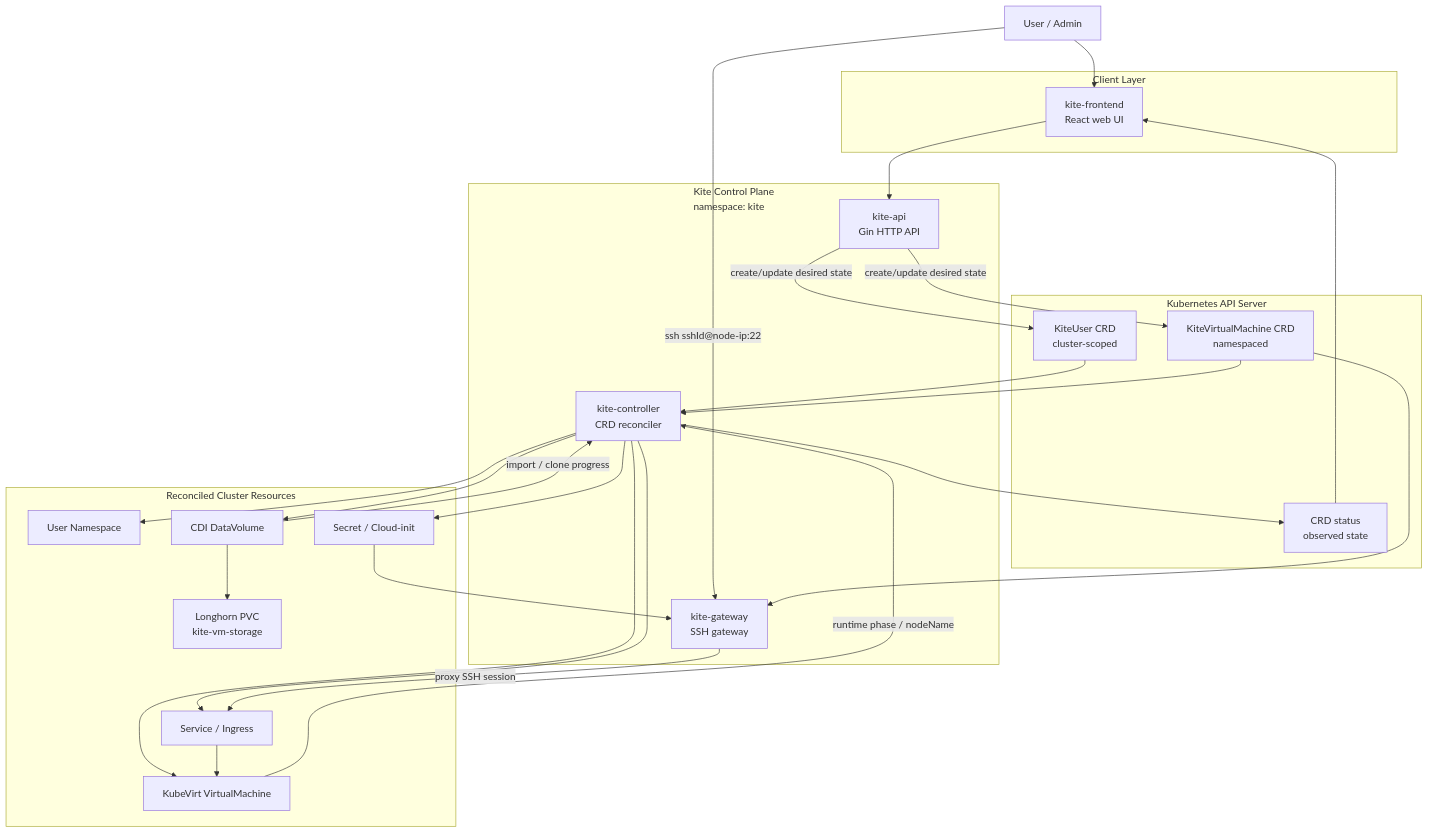
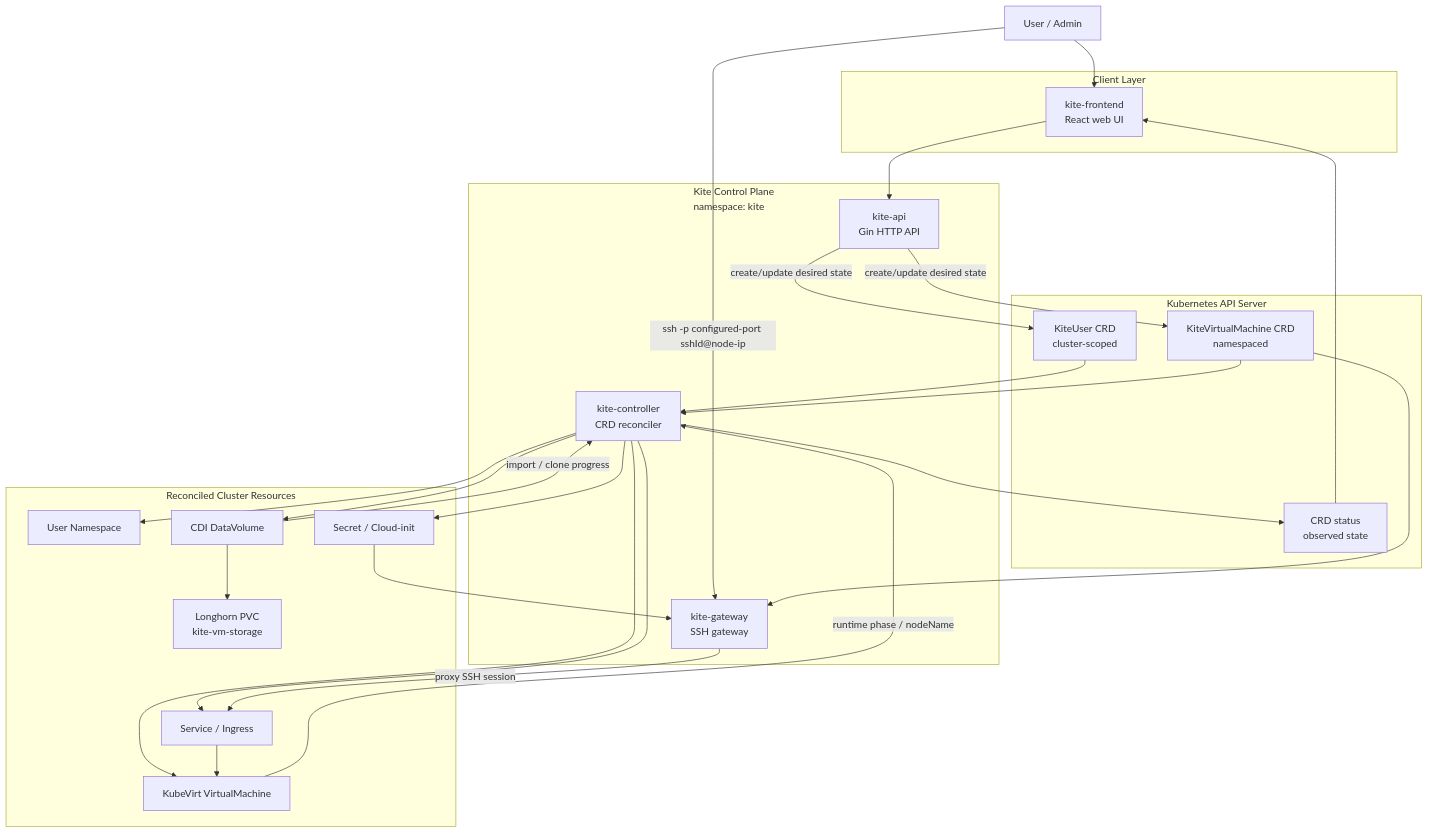
One commit to Hy3ons/KiteVirtualMachines changed the diagram in Readme.md. Above: the diagram before and after it, drawn with Mermaid. The commit also changed other lines of this file and 33 other files, not shown here.

First line of the commit message:
feat : SSH gateway 안전 노출 설정 추가

````diff
--- a/Readme.md
+++ b/Readme.md
@@ -12,54 +12,54 @@
 ```mermaid
 flowchart TD
     user[User / Admin]
 
     subgraph ui["Client Layer"]
         frontend["kite-frontend<br/>React web UI"]
     end
 
     subgraph control["Kite Control Plane<br/>namespace: kite"]
         api["kite-api<br/>Gin HTTP API"]
         controller["kite-controller<br/>CRD reconciler"]
         gateway["kite-gateway<br/>SSH gateway"]
     end
 
     subgraph apiServer["Kubernetes API Server"]
         kiteUser["KiteUser CRD<br/>cluster-scoped"]
         kiteVM["KiteVirtualMachine CRD<br/>namespaced"]
         status["CRD status<br/>observed state"]
     end
 
     subgraph workload["Reconciled Cluster Resources"]
         namespace["User Namespace"]
         vm["KubeVirt VirtualMachine"]
         dv["CDI DataVolume"]
         service["Service / Ingress"]
         secret["Secret / Cloud-init"]
         storage["Longhorn PVC<br/>kite-vm-storage"]
     end
 
     user --> frontend
-    user -->|"ssh sshId@node-ip:22"| gateway
+    user -->|"ssh -p configured-port sshId@node-ip"| gateway
     frontend --> api
     api -->|"create/update desired state"| kiteUser
     api -->|"create/update desired state"| kiteVM
 
     kiteUser --> controller
     kiteVM --> controller
     controller --> namespace
     controller --> vm
     controller --> dv
     controller --> service
     controller --> secret
     dv --> storage
 
     vm -->|"runtime phase / nodeName"| controller
     dv -->|"import / clone progress"| controller
     controller --> status
     status --> frontend
 
     kiteVM --> gateway
     secret --> gateway
     gateway -->|"proxy SSH session"| service
     service --> vm
 ```
````
